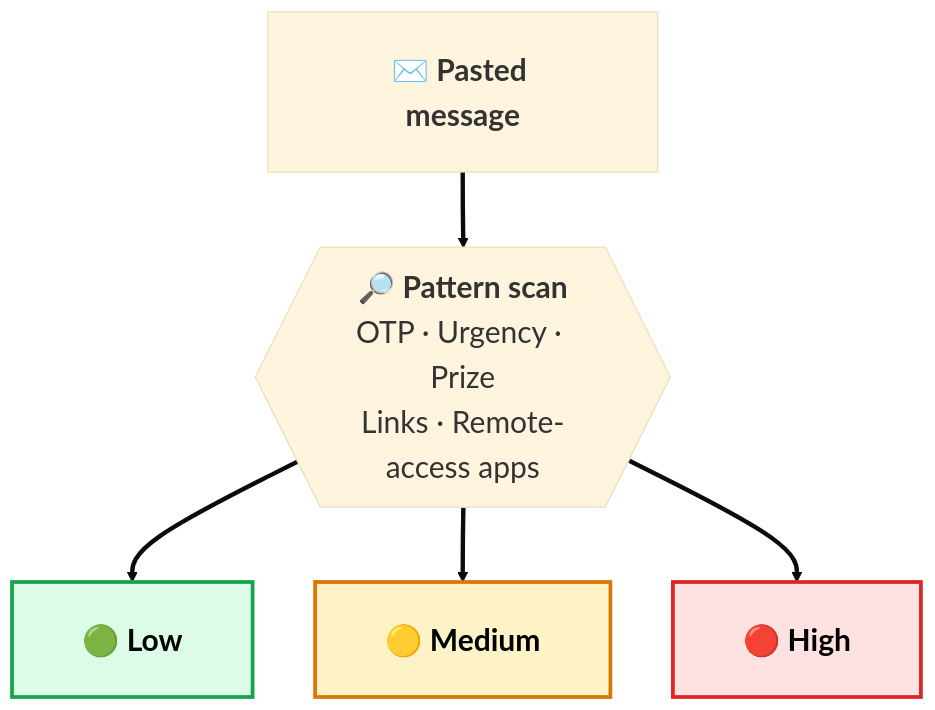
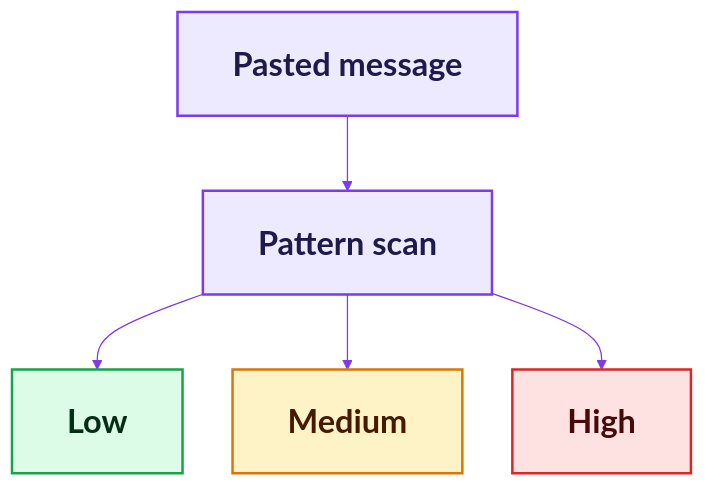
Diagram 11 of 13 in README.md (Mansi232323/MANSHORA), drawn with Mermaid before and after one commit. The commit also changed other lines of this file, not shown here.

````diff
--- a/README.md
+++ b/README.md
@@ -518,11 +431,16 @@
 ```mermaid
-%%{init: {'theme':'base','themeVariables':{'fontSize':'24px'},'flowchart':{'nodeSpacing':50,'rankSpacing':60,'padding':28,'htmlLabels':true}}}%%
+%%{init: {'theme':'base','themeVariables':{'fontSize':'26px','lineColor':'#7c3aed'},'flowchart':{'nodeSpacing':40,'rankSpacing':60,'padding':22,'htmlLabels':true}}}%%
 flowchart TB
-    M["<b>✉️ Pasted message</b>"] ==> P{{"<b>🔎 Pattern scan</b><br/>OTP · Urgency · Prize<br/>Links · Remote-access apps"}}
-    P ==> L["<b>🟢 Low</b>"]
-    P ==> Md["<b>🟡 Medium</b>"]
-    P ==> H["<b>🔴 High</b>"]
-    style L fill:#dcfce7,stroke:#16a34a,stroke-width:3px,color:#000
-    style Md fill:#fef3c7,stroke:#d97706,stroke-width:3px,color:#000
-    style H fill:#fee2e2,stroke:#dc2626,stroke-width:3px,color:#000
+    M["<b>Pasted message</b>"] --> P["<b>Pattern scan</b>"]
+    P --> L["<b>Low</b>"]
+    P --> Md["<b>Medium</b>"]
+    P --> H["<b>High</b>"]
+    classDef n fill:#ede9fe,stroke:#7c3aed,stroke-width:2px,color:#1e1b4b
+    classDef low fill:#dcfce7,stroke:#16a34a,stroke-width:2px,color:#052e16
+    classDef mid fill:#fef3c7,stroke:#d97706,stroke-width:2px,color:#451a03
+    classDef high fill:#fee2e2,stroke:#dc2626,stroke-width:2px,color:#450a0a
+    class M,P n
+    class L low
+    class Md mid
+    class H high
 ```
````
